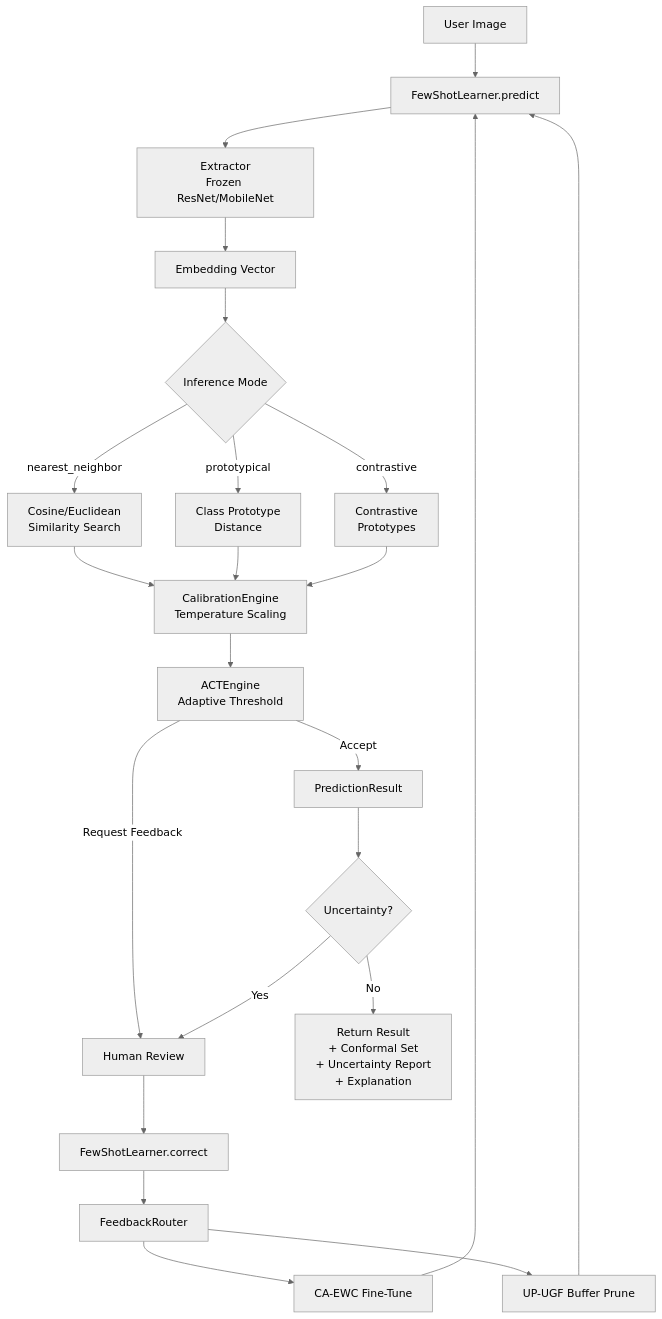
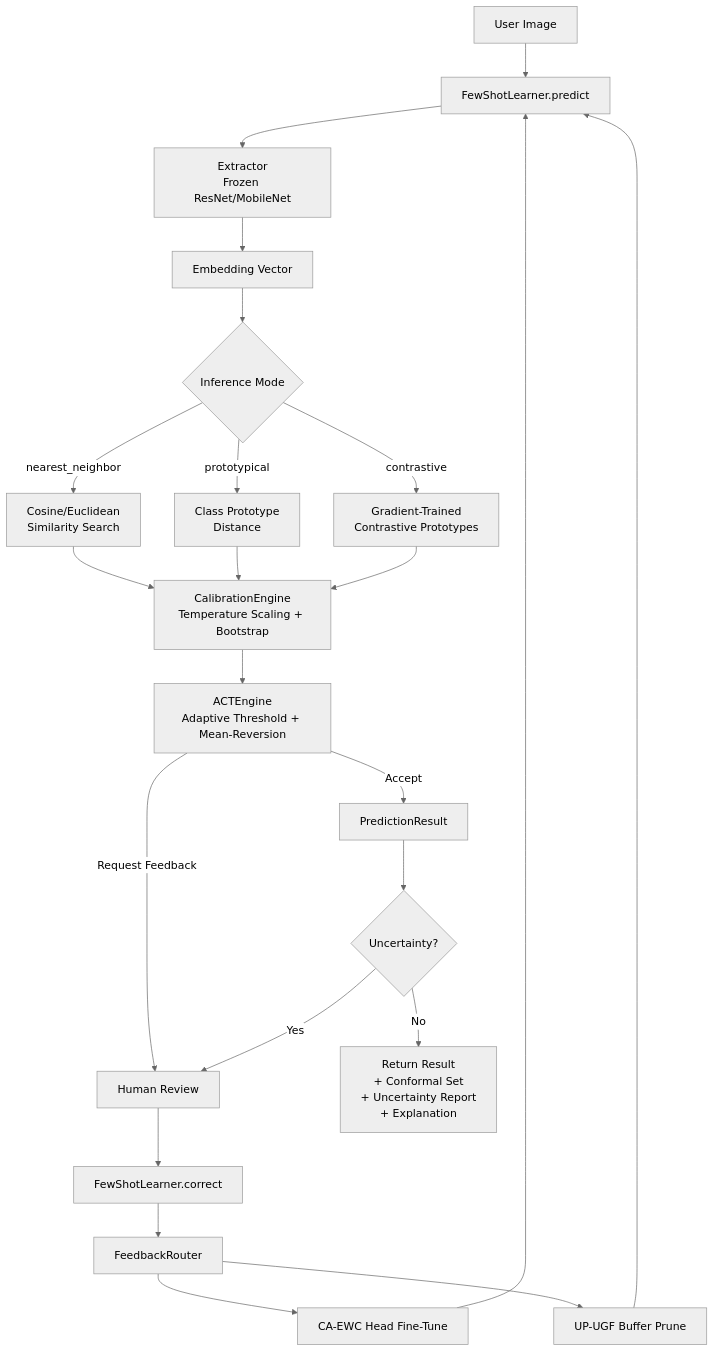
One commit to johnson2006christopher/adaptshot changed the diagram in docs/index.md. Above: the diagram before and after it, drawn with Mermaid (neutral theme). The commit also changed other lines of this file, not shown here.

````diff
--- a/docs/index.md
+++ b/docs/index.md
@@ -13,25 +31,25 @@
 ```mermaid
 graph TB
     A[User Image] --> B[FewShotLearner.predict]
     B --> C[Extractor<br/>Frozen ResNet/MobileNet]
     C --> D[Embedding Vector]
     D --> E{Inference Mode}
     E -->|nearest_neighbor| F[Cosine/Euclidean<br/>Similarity Search]
     E -->|prototypical| G[Class Prototype<br/>Distance]
-    F --> H[CalibrationEngine<br/>Temperature Scaling]
+    F --> H[CalibrationEngine<br/>Temperature Scaling + Bootstrap]
     G --> H
-    E -->|contrastive| G2[Contrastive<br/>Prototypes]
+    E -->|contrastive| G2[Gradient-Trained<br/>Contrastive Prototypes]
     G2 --> H
-    H --> I[ACTEngine<br/>Adaptive Threshold]
+    H --> I[ACTEngine<br/>Adaptive Threshold + Mean-Reversion]
     I -->|Accept| J[PredictionResult]
     I -->|Request Feedback| K[Human Review]
     K --> L[FewShotLearner.correct]
     L --> M[FeedbackRouter]
-    M --> N[CA-EWC Fine-Tune]
+    M --> N[CA-EWC Head Fine-Tune]
     M --> O[UP-UGF Buffer Prune]
     N --> B
     O --> B
     J --> P{Uncertainty?}
     P -->|Yes| K
     P -->|No| Q[Return Result<br/>+ Conformal Set<br/>+ Uncertainty Report<br/>+ Explanation]
 ```
````
